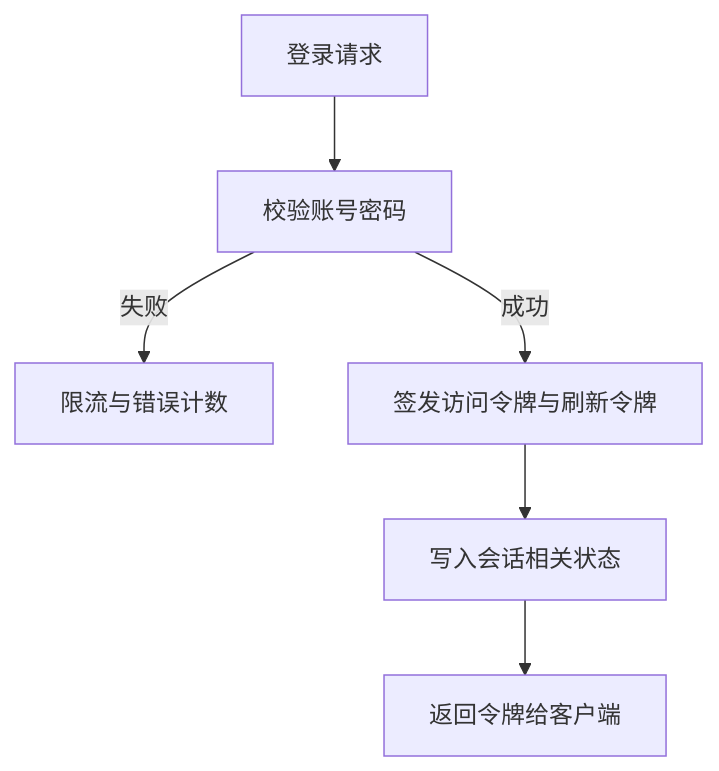
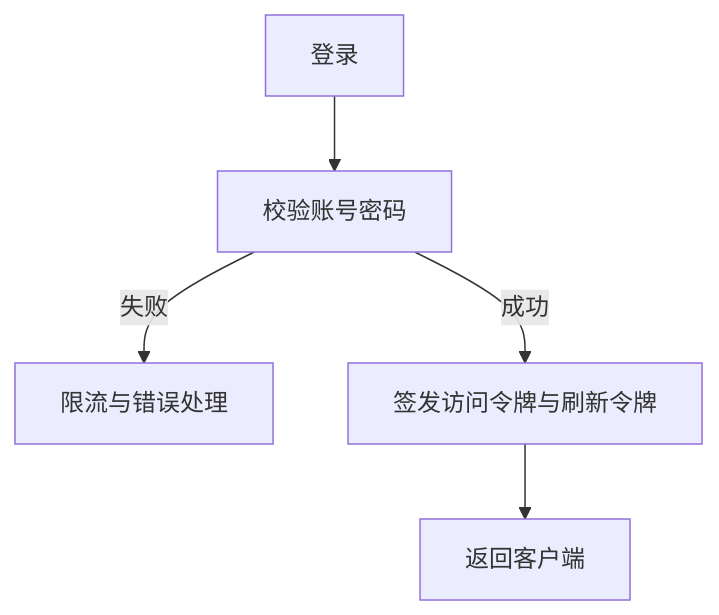
The first of 2 diagrams in docs/modules/02-鉴权与安全模块.md (bitladykiller/zhiguang_go), drawn with Mermaid before and after one commit. The commit also changed other lines of this file and 13 other files, not shown here.

````diff
--- a/docs/modules/02-鉴权与安全模块.md
+++ b/docs/modules/02-鉴权与安全模块.md
@@ -273,8 +17,7 @@
 ```mermaid
 flowchart TD
-    A[登录请求] --> B[校验账号密码]
-    B -->|失败| C[限流与错误计数]
+    A[登录] --> B[校验账号密码]
+    B -->|失败| C[限流与错误处理]
     B -->|成功| D[签发访问令牌与刷新令牌]
-    D --> E[写入会话相关状态]
-    E --> F[返回令牌给客户端]
+    D --> E[返回客户端]
 ```
````
